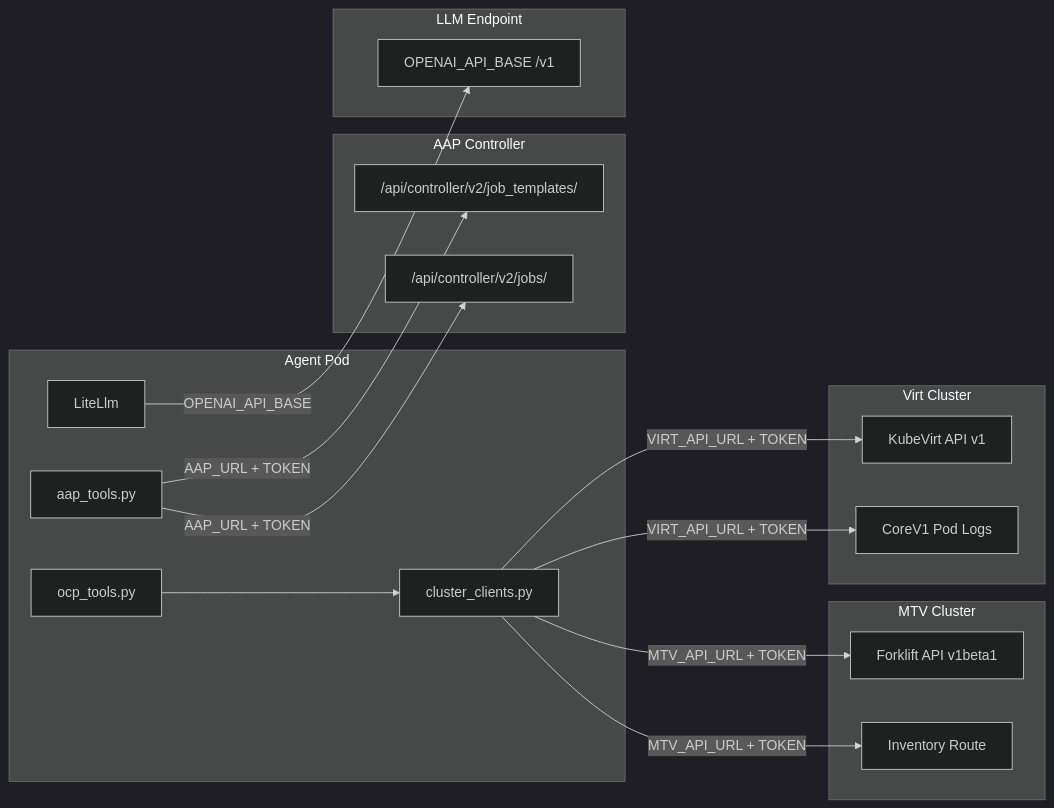
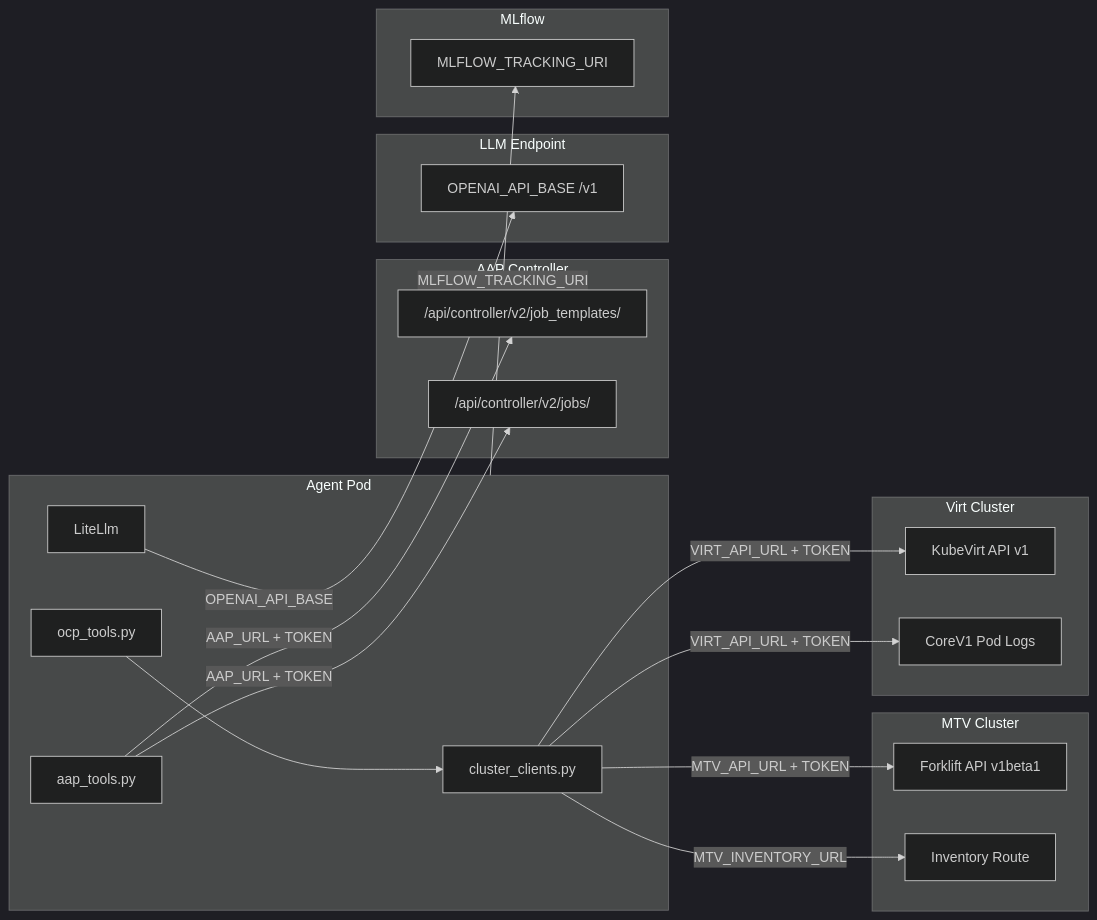
Before and after one commit to rrbanda/ocp-virt-migration-agent: the third of 4 diagrams in docs/architecture.md, drawn with Mermaid (dark theme). The commit also changed other lines of this file and 5 other files, not shown here.

First line of the commit message:
docs: update architecture diagrams and text for current 4-agent Workflow

````diff
--- a/docs/architecture.md
+++ b/docs/architecture.md
@@ -177,37 +183,42 @@
 ```mermaid
 graph LR
     subgraph agent [Agent Pod]
         OCP["ocp_tools.py"]
         AAP["aap_tools.py"]
         LLM_Client["LiteLlm"]
         Clients["cluster_clients.py"]
         OCP --> Clients
     end
 
     subgraph mtv [MTV Cluster]
         ForkliftAPI["Forklift API v1beta1"]
         InvRoute["Inventory Route"]
     end
 
     subgraph virt [Virt Cluster]
         KubeVirt["KubeVirt API v1"]
         CoreAPI["CoreV1 Pod Logs"]
     end
 
     subgraph aap [AAP Controller]
         Templates["/api/controller/v2/job_templates/"]
         Jobs["/api/controller/v2/jobs/"]
     end
 
     subgraph llm [LLM Endpoint]
         LLM_API["OPENAI_API_BASE /v1"]
     end
 
+    subgraph mlflow [MLflow]
+        MLflow_API["MLFLOW_TRACKING_URI"]
+    end
+
     Clients -->|"MTV_API_URL + TOKEN"| ForkliftAPI
-    Clients -->|"MTV_API_URL + TOKEN"| InvRoute
+    Clients -->|"MTV_INVENTORY_URL"| InvRoute
     Clients -->|"VIRT_API_URL + TOKEN"| KubeVirt
     Clients -->|"VIRT_API_URL + TOKEN"| CoreAPI
     AAP -->|"AAP_URL + TOKEN"| Templates
     AAP -->|"AAP_URL + TOKEN"| Jobs
     LLM_Client -->|"OPENAI_API_BASE"| LLM_API
+    agent -->|"MLFLOW_TRACKING_URI"| MLflow_API
 ```
````
